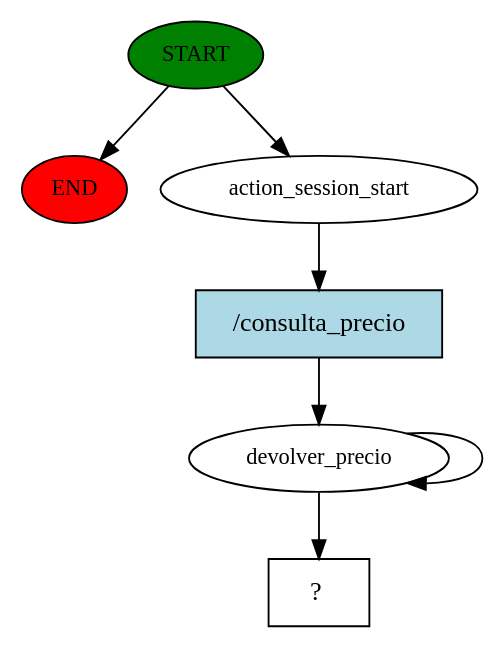
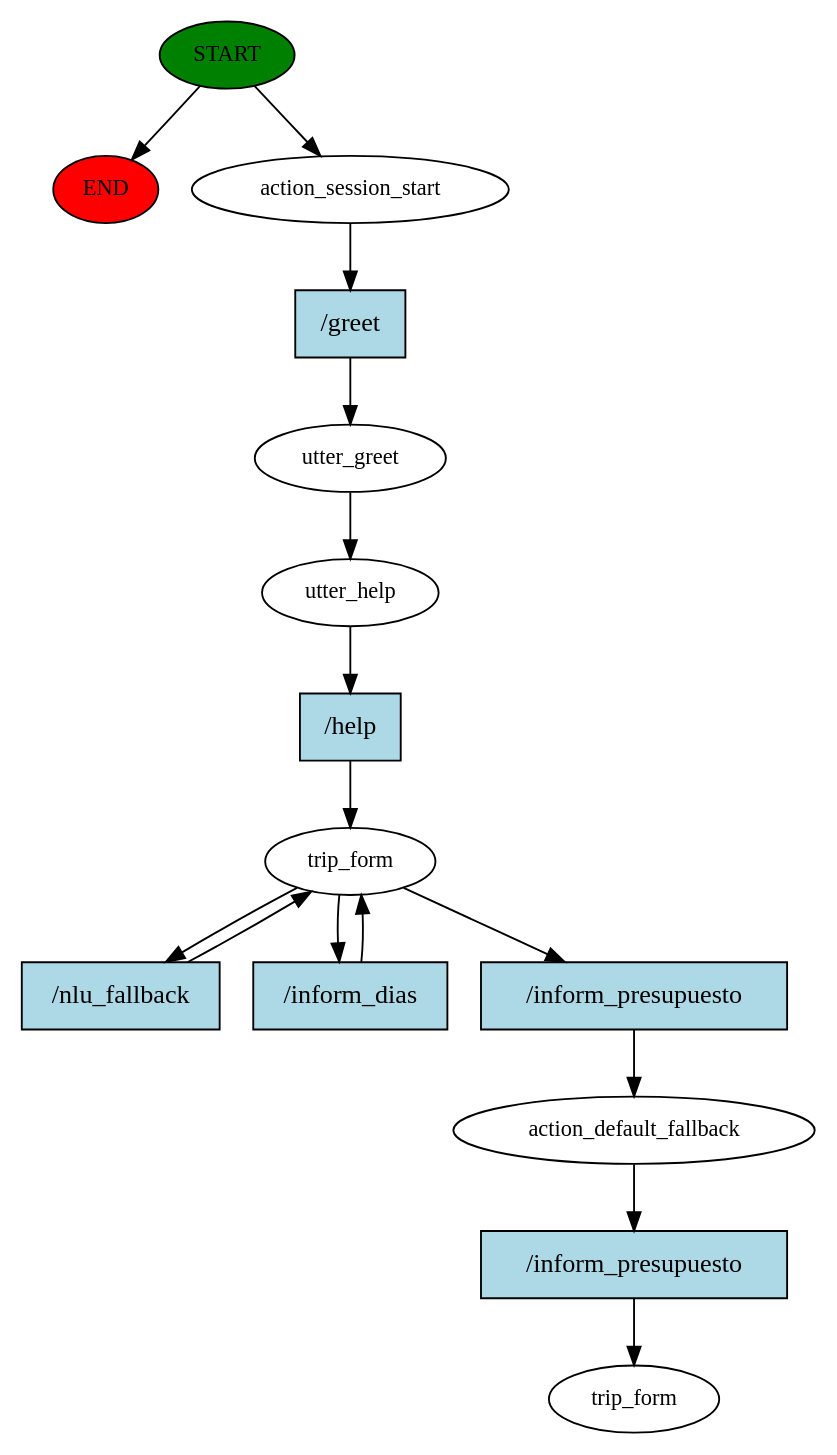
Before and after one commit to eliseovillaok/chatbot: the diagram in story_graph.dot, drawn with Graphviz. The commit also changed 187 other files, not shown here.

```diff
--- a/story_graph.dot
+++ b/story_graph.dot
@@ -1,14 +1,31 @@
 digraph  {
 0 [class="start active", fillcolor=green, fontsize=12, label=START, style=filled];
 "-1" [class=end, fillcolor=red, fontsize=12, label=END, style=filled];
 1 [class=active, fontsize=12, label=action_session_start];
-2 [class=active, fontsize=12, label=devolver_precio];
-6 [class="intent dashed active", label="  ?  ", shape=rect];
-7 [class="intent active", fillcolor=lightblue, label="/consulta_precio", shape=rect, style=filled];
+2 [class=active, fontsize=12, label=utter_greet];
+3 [class=active, fontsize=12, label=utter_help];
+4 [class=active, fontsize=12, label=trip_form];
+9 [class=active, fontsize=12, label=action_default_fallback];
+10 [class="dashed active", fontsize=12, label=trip_form];
+11 [class="intent active", fillcolor=lightblue, label="/greet", shape=rect, style=filled];
+12 [class="intent active", fillcolor=lightblue, label="/help", shape=rect, style=filled];
+13 [class="intent active", fillcolor=lightblue, label="/nlu_fallback", shape=rect, style=filled];
+14 [class="intent active", fillcolor=lightblue, label="/inform_dias", shape=rect, style=filled];
+15 [class="intent active", fillcolor=lightblue, label="/inform_presupuesto", shape=rect, style=filled];
+16 [class="intent active", fillcolor=lightblue, label="/inform_presupuesto", shape=rect, style=filled];
 0 -> "-1"  [class="", key=NONE, label=""];
 0 -> 1  [class=active, key=NONE, label=""];
-1 -> 7  [class=active, key=0];
-2 -> 2  [class=active, key=NONE, label=""];
-2 -> 6  [class=active, key=NONE, label=""];
-7 -> 2  [class=active, key=0];
+1 -> 11  [class=active, key=0];
+2 -> 3  [class=active, key=NONE, label=""];
+3 -> 12  [class=active, key=0];
+4 -> 13  [class=active, key=0];
+4 -> 14  [class=active, key=0];
+4 -> 15  [class=active, key=0];
+9 -> 16  [class=active, key=0];
+11 -> 2  [class=active, key=0];
+12 -> 4  [class=active, key=0];
+13 -> 4  [class=active, key=0];
+14 -> 4  [class=active, key=0];
+15 -> 9  [class=active, key=0];
+16 -> 10  [class=active, key=0];
 }
```
